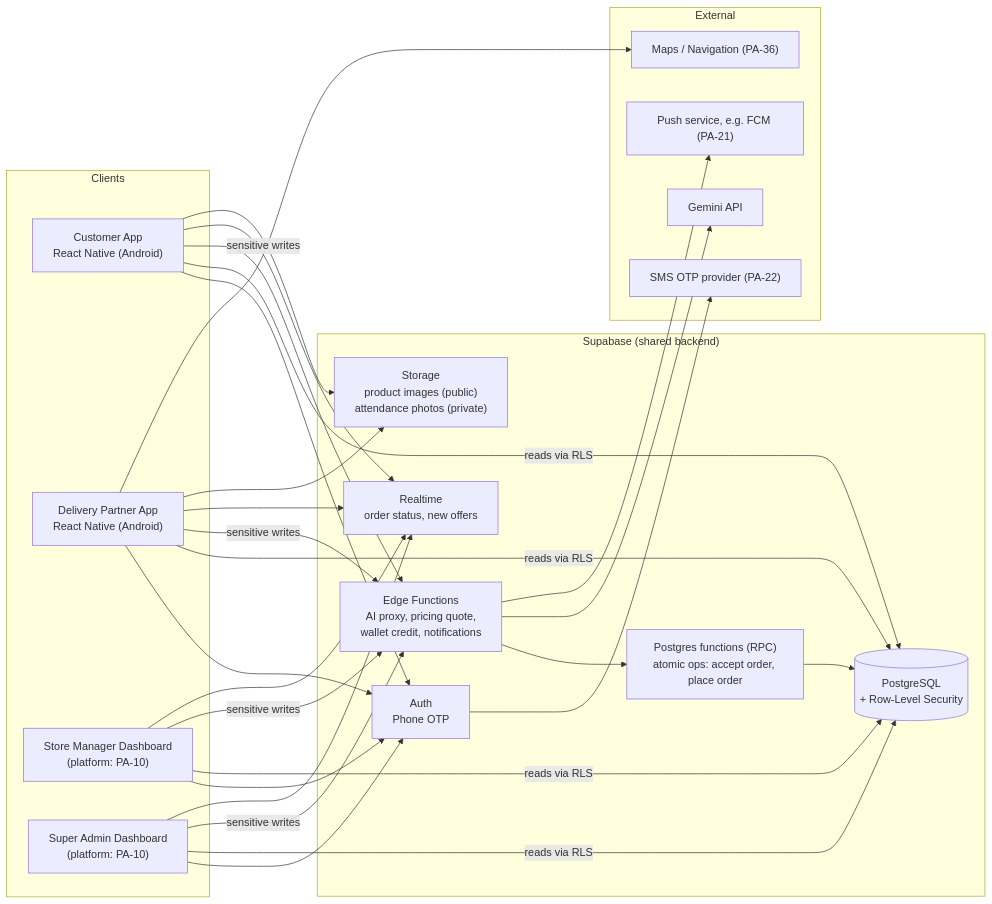
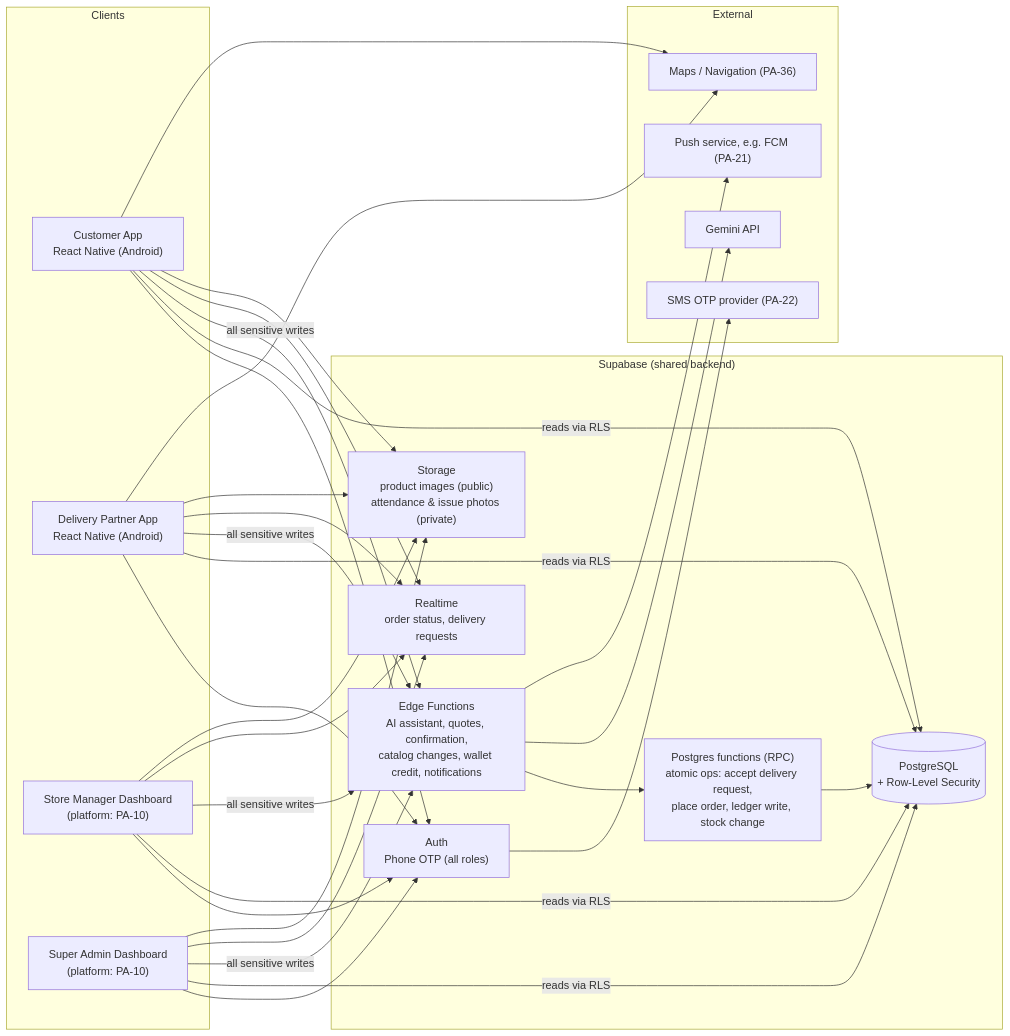
The first of 2 diagrams in docs/SYSTEM_ARCHITECTURE.md (flexirl/Ramukaka), drawn with Mermaid before and after one commit. The commit also changed other lines of this file and 12 other files, not shown here.

````diff
--- a/docs/SYSTEM_ARCHITECTURE.md
+++ b/docs/SYSTEM_ARCHITECTURE.md
@@ -24,36 +25,36 @@
 ```mermaid
 flowchart LR
   subgraph Clients
     CA["Customer App<br/>React Native (Android)"]
     DA["Delivery Partner App<br/>React Native (Android)"]
     SMD["Store Manager Dashboard<br/>(platform: PA-10)"]
     SAD["Super Admin Dashboard<br/>(platform: PA-10)"]
   end
 
   subgraph Supabase["Supabase (shared backend)"]
-    AUTH["Auth<br/>Phone OTP"]
+    AUTH["Auth<br/>Phone OTP (all roles)"]
     PG[("PostgreSQL<br/>+ Row-Level Security")]
-    RPC["Postgres functions (RPC)<br/>atomic ops: accept order, place order"]
-    EF["Edge Functions<br/>AI proxy, pricing quote,<br/>wallet credit, notifications"]
-    ST["Storage<br/>product images (public)<br/>attendance photos (private)"]
-    RT["Realtime<br/>order status, new offers"]
+    RPC["Postgres functions (RPC)<br/>atomic ops: accept delivery request,<br/>place order, ledger write, stock change"]
+    EF["Edge Functions<br/>AI assistant, quotes, confirmation,<br/>catalog changes, wallet credit, notifications"]
+    ST["Storage<br/>product images (public)<br/>attendance & issue photos (private)"]
+    RT["Realtime<br/>order status, delivery requests"]
   end
 
   subgraph External
     GEM["Gemini API"]
     SMS["SMS OTP provider (PA-22)"]
     PUSH["Push service, e.g. FCM (PA-21)"]
     MAPS["Maps / Navigation (PA-36)"]
   end
 
   CA & DA & SMD & SAD --> AUTH
   CA & DA & SMD & SAD -->|"reads via RLS"| PG
-  CA & DA & SMD & SAD -->|"sensitive writes"| EF
+  CA & DA & SMD & SAD -->|"all sensitive writes"| EF
   CA & DA & SMD & SAD --> RT
   EF --> RPC --> PG
   EF --> GEM
   EF --> PUSH
   AUTH --> SMS
-  CA & DA --> ST
-  DA --> MAPS
+  CA & DA & SMD & SAD --> ST
+  CA & DA --> MAPS
 ```
````
